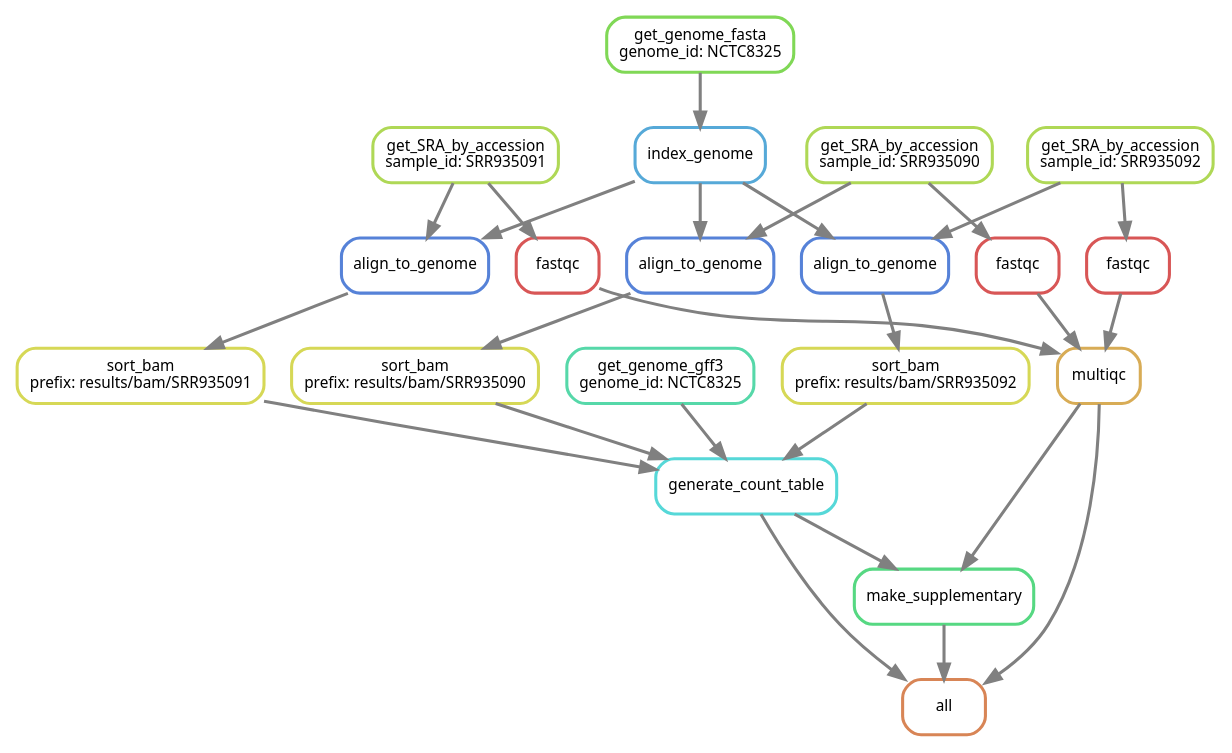
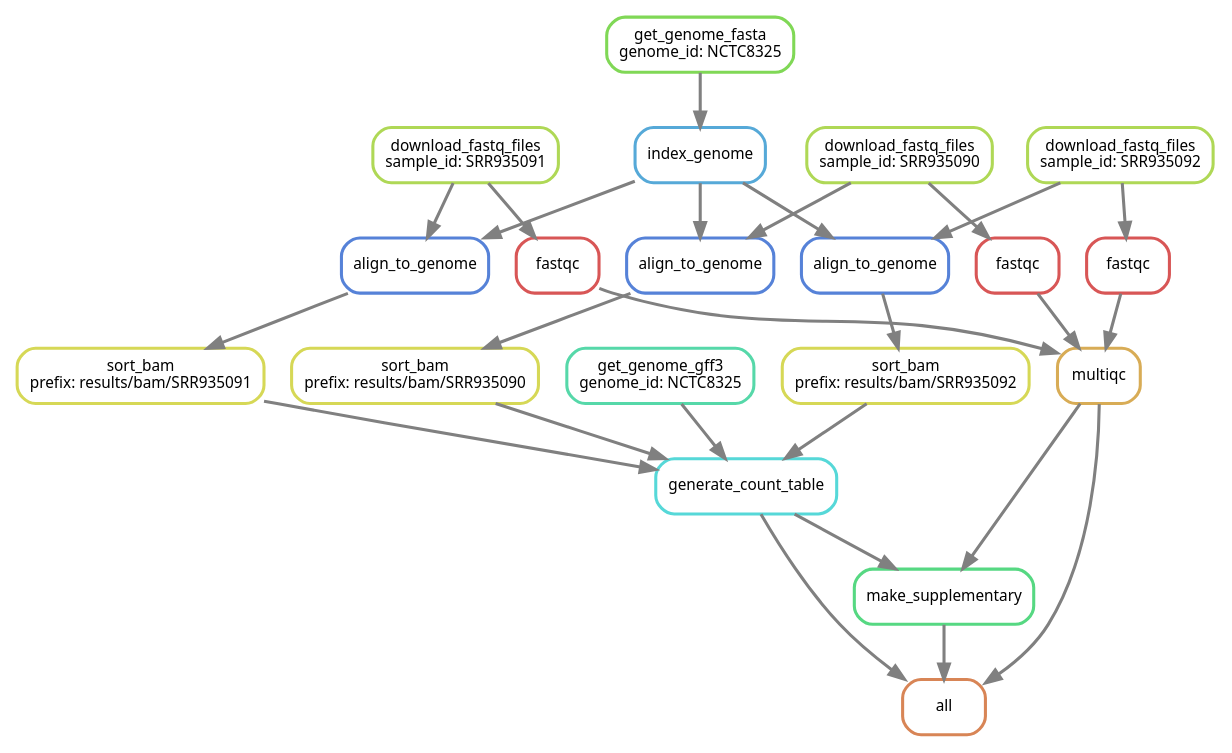
The fourth of 11 diagrams in lectures/snakemake/snakemake.qmd (NBISweden/workshop-reproducible-research), drawn with Graphviz before and after one commit. The commit also changed other lines of this file, not shown here.

Commit message:
Match snakefmt and update get_SRA_by_accession rule

````diff
--- a/lectures/snakemake/snakemake.qmd
+++ b/lectures/snakemake/snakemake.qmd
@@ -78,51 +78,51 @@
 ```{dot}
 digraph snakemake_dag {
     graph[bgcolor=white, margin=0];
     node[shape=box, style=rounded, fontname=sans,                 fontsize=10, penwidth=2];
     edge[penwidth=2, color=grey];
         0[label = "all", color = "0.06 0.6 0.85", style="rounded"];
         1[label = "generate_count_table", color = "0.50 0.6 0.85", style="rounded"];
         2[label = "sort_bam\nprefix: results/bam/SRR935090", color = "0.17 0.6 0.85", style="rounded"];
         3[label = "align_to_genome", color = "0.61 0.6 0.85", style="rounded"];
-        4[label = "get_SRA_by_accession\nsample_id: SRR935090", color = "0.22 0.6 0.85", style="rounded"];
+        4[label = "download_fastq_files\nsample_id: SRR935090", color = "0.22 0.6 0.85", style="rounded"];
         5[label = "index_genome", color = "0.56 0.6 0.85", style="rounded"];
         6[label = "get_genome_fasta\ngenome_id: NCTC8325", color = "0.28 0.6 0.85", style="rounded"];
         7[label = "sort_bam\nprefix: results/bam/SRR935091", color = "0.17 0.6 0.85", style="rounded"];
         8[label = "align_to_genome", color = "0.61 0.6 0.85", style="rounded"];
-        9[label = "get_SRA_by_accession\nsample_id: SRR935091", color = "0.22 0.6 0.85", style="rounded"];
+        9[label = "download_fastq_files\nsample_id: SRR935091", color = "0.22 0.6 0.85", style="rounded"];
         10[label = "sort_bam\nprefix: results/bam/SRR935092", color = "0.17 0.6 0.85", style="rounded"];
         11[label = "align_to_genome", color = "0.61 0.6 0.85", style="rounded"];
-        12[label = "get_SRA_by_accession\nsample_id: SRR935092", color = "0.22 0.6 0.85", style="rounded"];
+        12[label = "download_fastq_files\nsample_id: SRR935092", color = "0.22 0.6 0.85", style="rounded"];
         13[label = "get_genome_gff3\ngenome_id: NCTC8325", color = "0.44 0.6 0.85", style="rounded"];
         14[label = "multiqc", color = "0.11 0.6 0.85", style="rounded"];
         15[label = "fastqc", color = "0.00 0.6 0.85", style="rounded"];
         16[label = "fastqc", color = "0.00 0.6 0.85", style="rounded"];
         17[label = "fastqc", color = "0.00 0.6 0.85", style="rounded"];
         18[label = "make_supplementary", color = "0.39 0.6 0.85", style="rounded"];
         1 -> 0
         14 -> 0
         18 -> 0
         2 -> 1
         7 -> 1
         10 -> 1
         13 -> 1
         3 -> 2
         4 -> 3
         5 -> 3
         6 -> 5
         8 -> 7
         9 -> 8
         5 -> 8
         11 -> 10
         12 -> 11
         5 -> 11
         15 -> 14
         16 -> 14
         17 -> 14
         4 -> 15
         9 -> 16
         12 -> 17
         1 -> 18
         14 -> 18
 }
 ```
````
